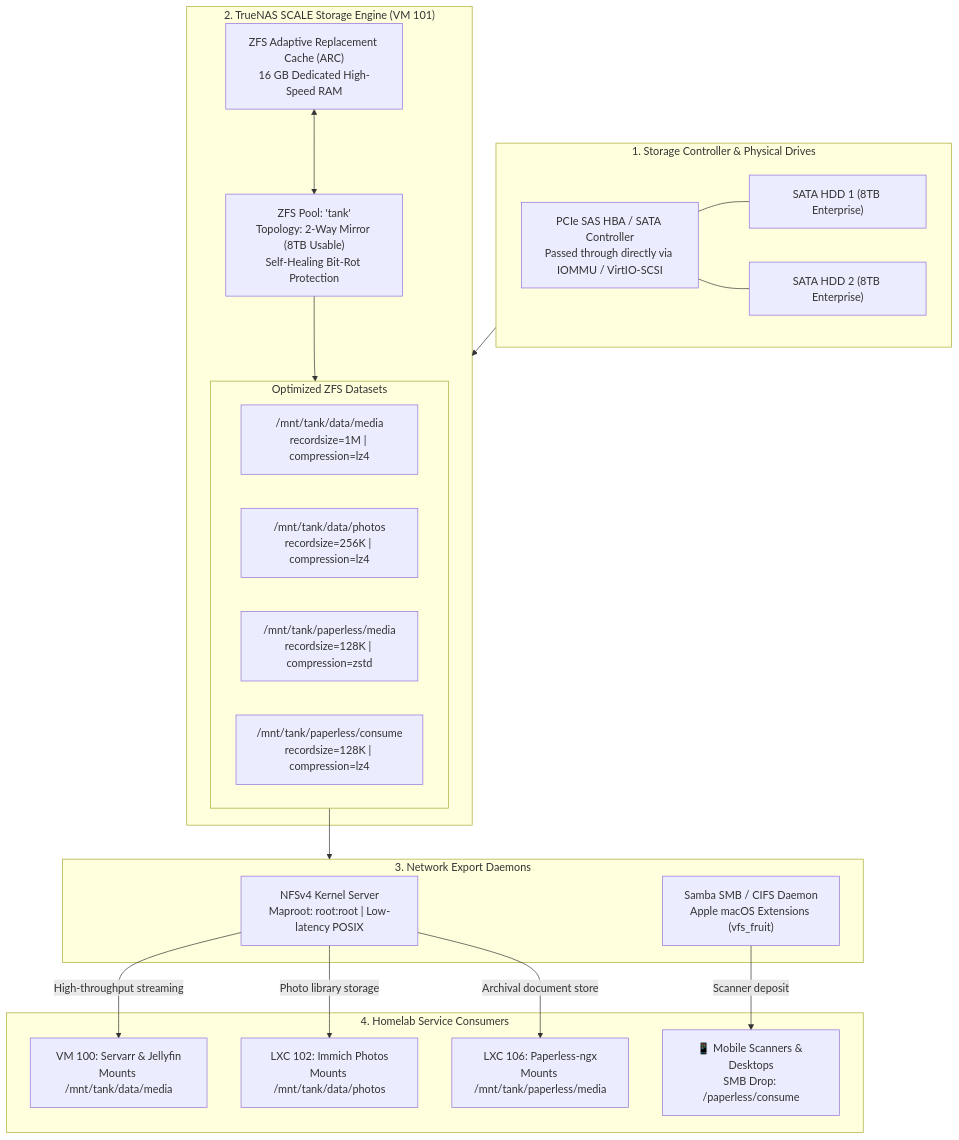
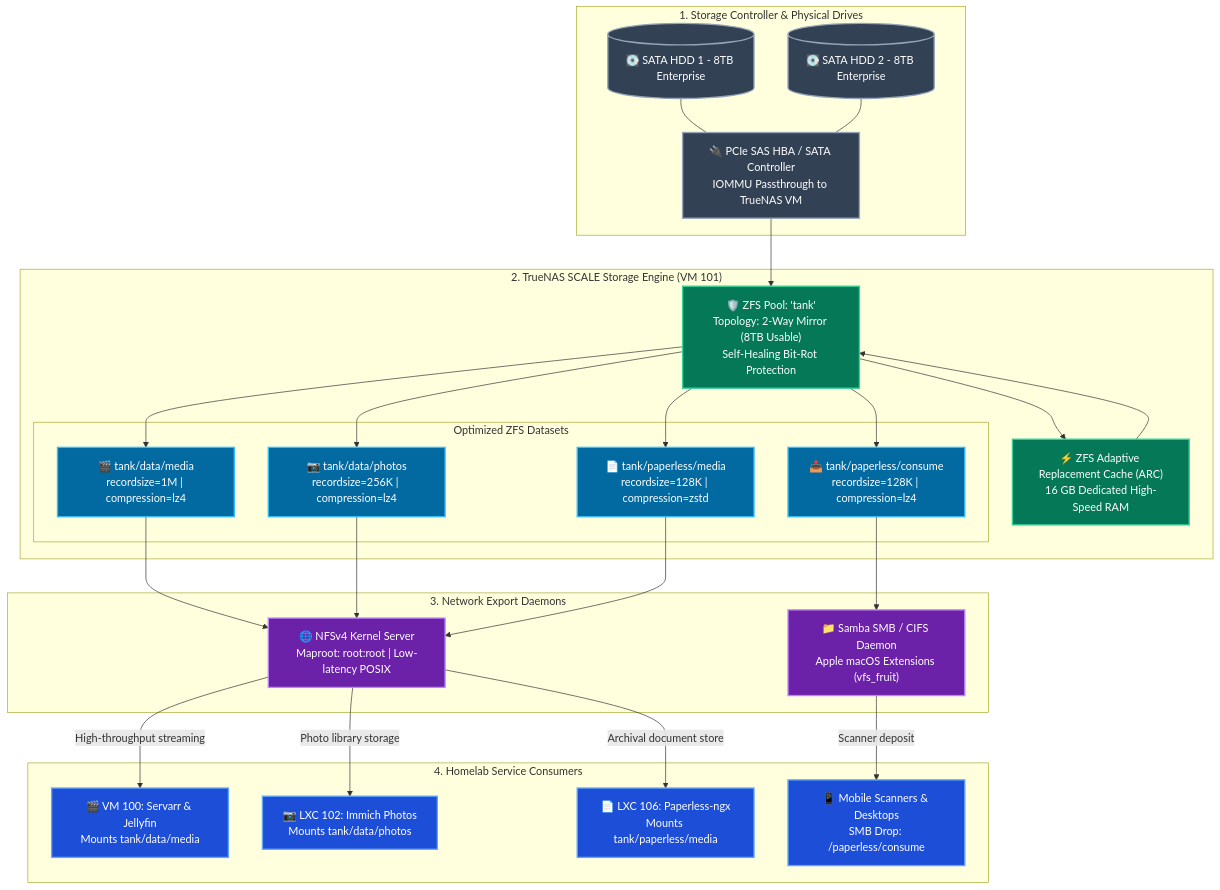
Before and after one commit to nishilshah/homelab-blueprints: the diagram in services/truenas-scale/README.md, drawn with Mermaid. The commit also changed 14 other files, not shown here.

Commit message:
fix(docs): resolve GitHub Mermaid rendering errors and add vibrant color themes across all diagrams

````diff
--- a/services/truenas-scale/README.md
+++ b/services/truenas-scale/README.md
@@ -26,46 +26,59 @@
 ```mermaid
 flowchart TD
+    classDef hardware fill:#334155,stroke:#94a3b8,stroke-width:2px,color:#ffffff;
+    classDef zfs fill:#047857,stroke:#34d399,stroke-width:2px,color:#ffffff;
+    classDef dataset fill:#0369a1,stroke:#38bdf8,stroke-width:2px,color:#ffffff;
+    classDef sharing fill:#6b21a8,stroke:#c084fc,stroke-width:2px,color:#ffffff;
+    classDef client fill:#1d4ed8,stroke:#60a5fa,stroke-width:2px,color:#ffffff;
+
     subgraph HardwarePassthrough ["1. Storage Controller & Physical Drives"]
-        HBA["PCIe SAS HBA / SATA Controller<br/>Passed through directly via IOMMU / VirtIO-SCSI"]
-        D1["SATA HDD 1 (8TB Enterprise)"]
-        D2["SATA HDD 2 (8TB Enterprise)"]
-        HBA --- D1
-        HBA --- D2
+        HBA["🔌 PCIe SAS HBA / SATA Controller<br/>IOMMU Passthrough to TrueNAS VM"]:::hardware
+        D1[("💽 SATA HDD 1 - 8TB Enterprise")]:::hardware
+        D2[("💽 SATA HDD 2 - 8TB Enterprise")]:::hardware
+        D1 --- HBA
+        D2 --- HBA
     end
 
     subgraph TrueNAS_Core ["2. TrueNAS SCALE Storage Engine (VM 101)"]
-        Pool["ZFS Pool: 'tank'<br/>Topology: 2-Way Mirror (8TB Usable)<br/>Self-Healing Bit-Rot Protection"]
-        ARC["ZFS Adaptive Replacement Cache (ARC)<br/>16 GB Dedicated High-Speed RAM"]
+        Pool["🛡️ ZFS Pool: 'tank'<br/>Topology: 2-Way Mirror (8TB Usable)<br/>Self-Healing Bit-Rot Protection"]:::zfs
+        ARC["⚡ ZFS Adaptive Replacement Cache (ARC)<br/>16 GB Dedicated High-Speed RAM"]:::zfs
         
         subgraph Datasets ["Optimized ZFS Datasets"]
-            DS_Media["/mnt/tank/data/media<br/>recordsize=1M | compression=lz4"]
-            DS_Photos["/mnt/tank/data/photos<br/>recordsize=256K | compression=lz4"]
-            DS_Paperless["/mnt/tank/paperless/media<br/>recordsize=128K | compression=zstd"]
-            DS_Consume["/mnt/tank/paperless/consume<br/>recordsize=128K | compression=lz4"]
+            DS_Media["🎬 tank/data/media<br/>recordsize=1M | compression=lz4"]:::dataset
+            DS_Photos["📷 tank/data/photos<br/>recordsize=256K | compression=lz4"]:::dataset
+            DS_Paperless["📄 tank/paperless/media<br/>recordsize=128K | compression=zstd"]:::dataset
+            DS_Consume["📥 tank/paperless/consume<br/>recordsize=128K | compression=lz4"]:::dataset
         end
         
-        Pool --> Datasets
-        ARC <--> Pool
+        Pool --> DS_Media
+        Pool --> DS_Photos
+        Pool --> DS_Paperless
+        Pool --> DS_Consume
+        Pool --> ARC
+        ARC --> Pool
     end
 
-    HardwarePassthrough --> TrueNAS_Core
+    HBA --> Pool
 
     subgraph SharingServices ["3. Network Export Daemons"]
-        NFS["NFSv4 Kernel Server<br/>Maproot: root:root | Low-latency POSIX"]
-        SMB["Samba SMB / CIFS Daemon<br/>Apple macOS Extensions (vfs_fruit)"]
+        NFS["🌐 NFSv4 Kernel Server<br/>Maproot: root:root | Low-latency POSIX"]:::sharing
+        SMB["📁 Samba SMB / CIFS Daemon<br/>Apple macOS Extensions (vfs_fruit)"]:::sharing
     end
 
-    Datasets --> SharingServices
+    DS_Media --> NFS
+    DS_Photos --> NFS
+    DS_Paperless --> NFS
+    DS_Consume --> SMB
 
     subgraph HomelabClients ["4. Homelab Service Consumers"]
-        VM100["VM 100: Servarr & Jellyfin<br/>Mounts /mnt/tank/data/media"]
-        LXC102["LXC 102: Immich Photos<br/>Mounts /mnt/tank/data/photos"]
-        LXC106["LXC 106: Paperless-ngx<br/>Mounts /mnt/tank/paperless/media"]
-        Scanners["📱 Mobile Scanners & Desktops<br/>SMB Drop: /paperless/consume"]
+        VM100["🎬 VM 100: Servarr & Jellyfin<br/>Mounts tank/data/media"]:::client
+        LXC102["📷 LXC 102: Immich Photos<br/>Mounts tank/data/photos"]:::client
+        LXC106["📄 LXC 106: Paperless-ngx<br/>Mounts tank/paperless/media"]:::client
+        Scanners["📱 Mobile Scanners & Desktops<br/>SMB Drop: /paperless/consume"]:::client
     end
 
     NFS -->|High-throughput streaming| VM100
     NFS -->|Photo library storage| LXC102
     NFS -->|Archival document store| LXC106
     SMB -->|Scanner deposit| Scanners
 ```
````
